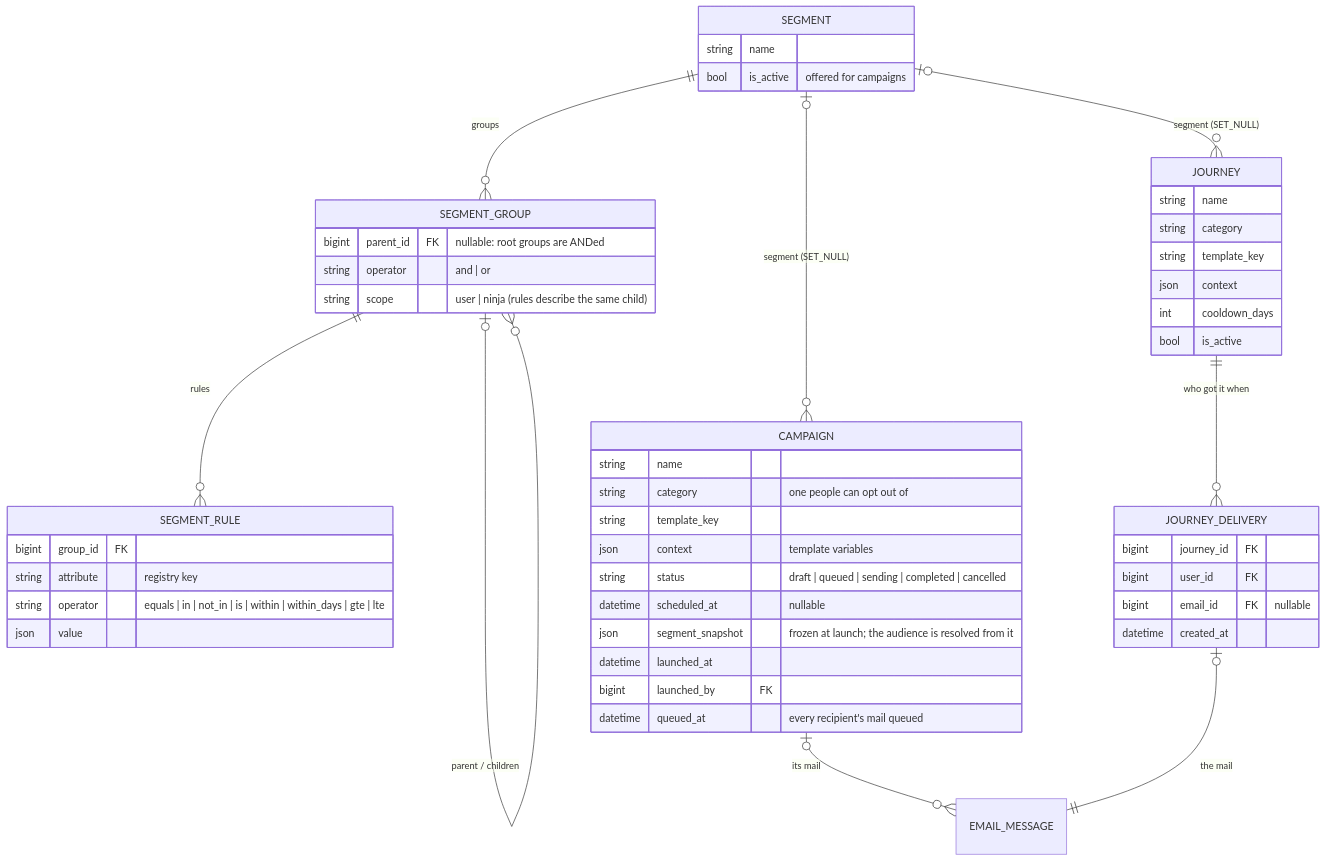
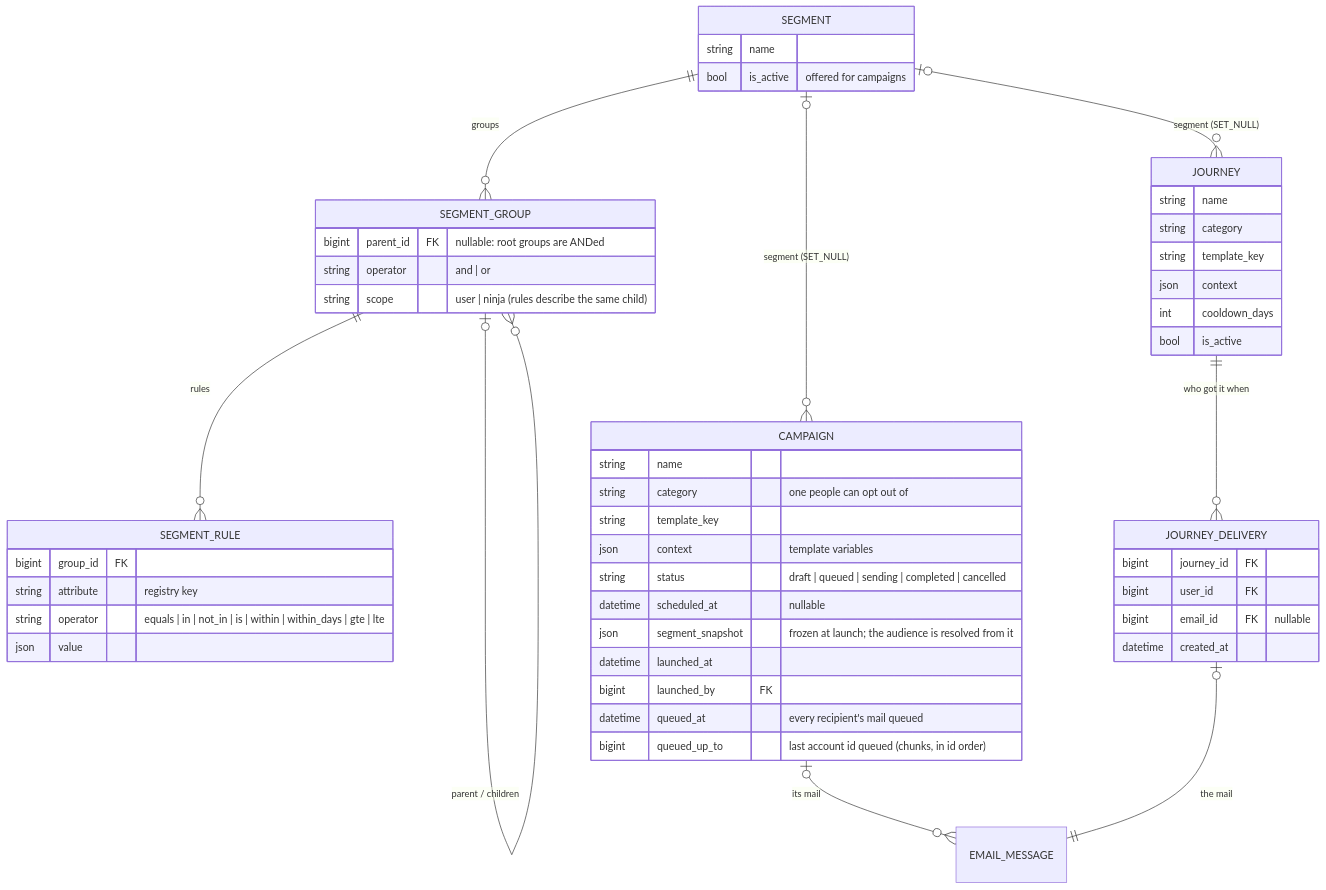
One commit to DoublG/coderdojo-event-registration changed diagram 23 of 32 in DATA_MODEL.md. Above: the diagram before and after it, drawn with Mermaid. The commit also changed other lines of this file and 18 other files, not shown here.

````diff
--- a/DATA_MODEL.md
+++ b/DATA_MODEL.md
@@ -1689,53 +1689,54 @@
 ```mermaid
 erDiagram
     SEGMENT ||--o{ SEGMENT_GROUP : "groups"
     SEGMENT_GROUP |o--o{ SEGMENT_GROUP : "parent / children"
     SEGMENT_GROUP ||--o{ SEGMENT_RULE : "rules"
     SEGMENT |o--o{ CAMPAIGN : "segment (SET_NULL)"
     SEGMENT |o--o{ JOURNEY : "segment (SET_NULL)"
     CAMPAIGN |o--o{ EMAIL_MESSAGE : "its mail"
     JOURNEY ||--o{ JOURNEY_DELIVERY : "who got it when"
     JOURNEY_DELIVERY |o--|| EMAIL_MESSAGE : "the mail"
 
     SEGMENT {
         string name
         bool is_active "offered for campaigns"
     }
     SEGMENT_GROUP {
         bigint parent_id FK "nullable: root groups are ANDed"
         string operator "and | or"
         string scope "user | ninja (rules describe the same child)"
     }
     SEGMENT_RULE {
         bigint group_id FK
         string attribute "registry key"
         string operator "equals | in | not_in | is | within | within_days | gte | lte"
         json value
     }
     CAMPAIGN {
         string name
         string category "one people can opt out of"
         string template_key
         json context "template variables"
         string status "draft | queued | sending | completed | cancelled"
         datetime scheduled_at "nullable"
         json segment_snapshot "frozen at launch; the audience is resolved from it"
         datetime launched_at
         bigint launched_by FK
         datetime queued_at "every recipient's mail queued"
+        bigint queued_up_to "last account id queued (chunks, in id order)"
     }
     JOURNEY {
         string name
         string category
         string template_key
         json context
         int cooldown_days
         bool is_active
     }
     JOURNEY_DELIVERY {
         bigint journey_id FK
         bigint user_id FK
         bigint email_id FK "nullable"
         datetime created_at
     }
 ```
````
